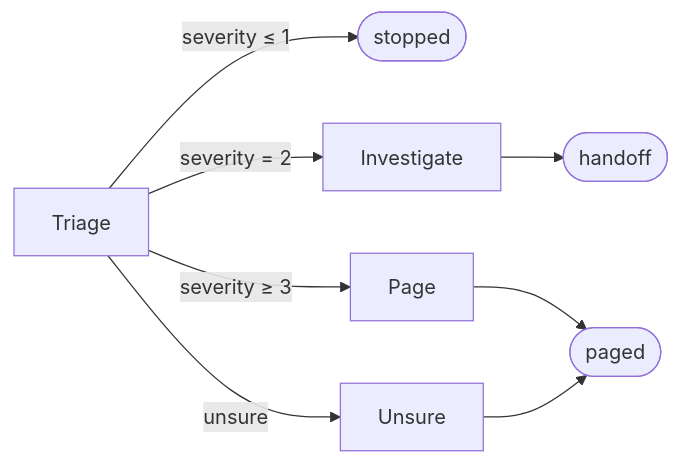
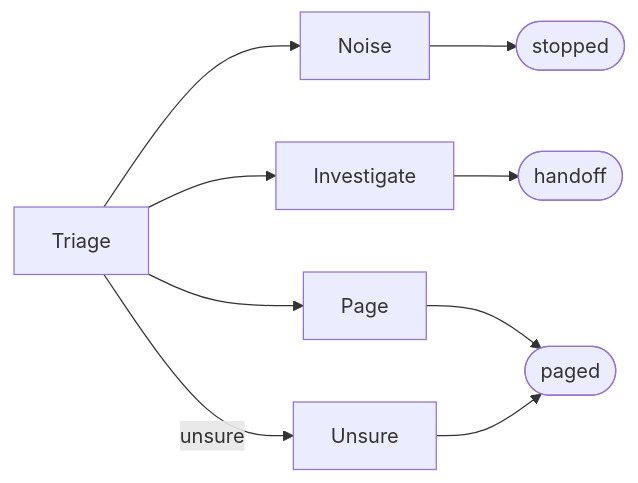
The seventh of 7 diagrams in docs/SPEC.md (mattyv/skope), drawn with Mermaid before and after one commit. The commit also changed other lines of this file and 4 other files, not shown here.

````diff
--- a/docs/SPEC.md
+++ b/docs/SPEC.md
@@ -2554,10 +2451,11 @@
 ```mermaid
 flowchart LR
-  triage["Triage"] -- "severity ≤ 1" --> stopped(["stopped"])
-  triage -- "severity = 2" --> inv["Investigate"]
-  triage -- "severity ≥ 3" --> page["Page"]
+  triage["Triage"] --> noise["Noise"]
+  triage --> inv["Investigate"]
+  triage --> page["Page"]
   triage -- "unsure" --> unsure["Unsure"]
+  noise --> stopped(["stopped"])
   page --> paged(["paged"])
   unsure --> paged
   inv --> handoff(["handoff"])
 ```
````
